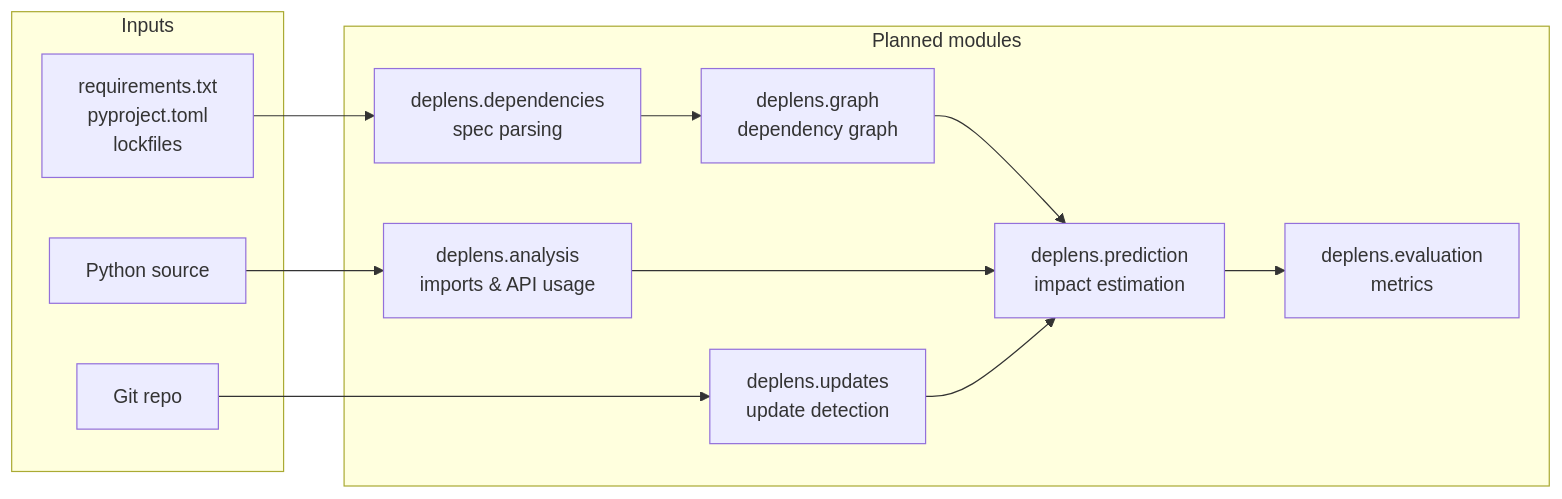
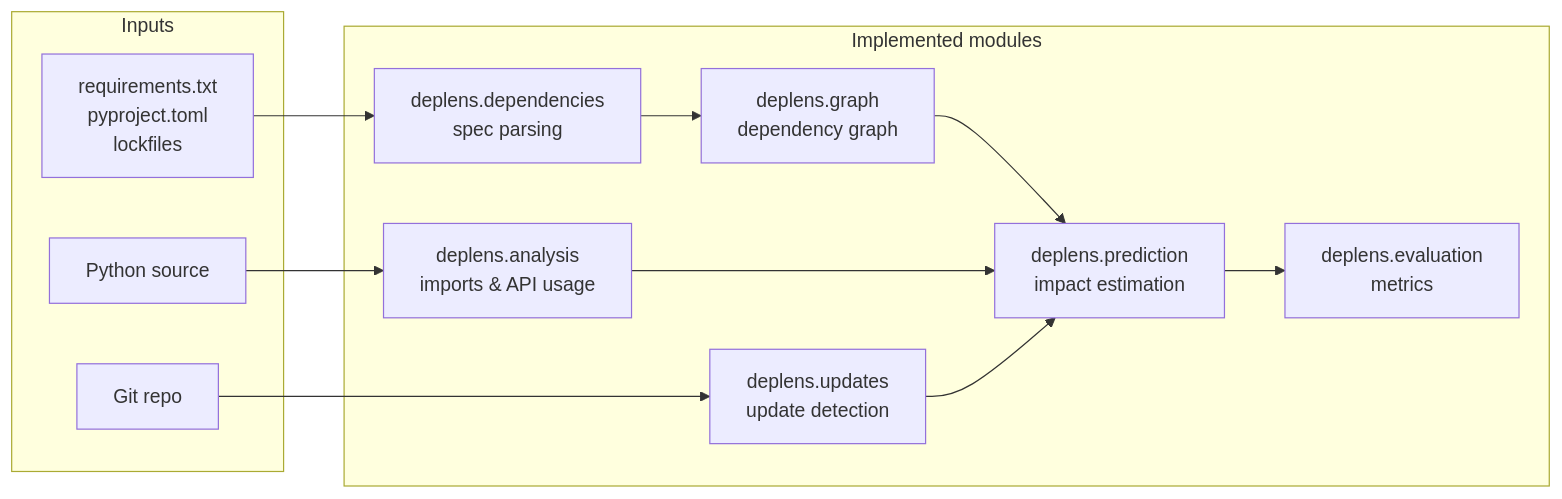
One commit to VarunGore36/DepLens changed the second of 2 diagrams in README.md. Above: the diagram before and after it, drawn with Mermaid. The commit also changed other lines of this file and 15 other files, not shown here.

````diff
--- a/README.md
+++ b/README.md
@@ -160,25 +113,25 @@
 ```mermaid
 flowchart LR
     subgraph Inputs
         REPO[Git repo]
         SPEC[requirements.txt<br/>pyproject.toml<br/>lockfiles]
         SRC[Python source]
     end
 
-    subgraph Core [Planned modules]
+    subgraph Core [Implemented modules]
         DEP[deplens.dependencies<br/>spec parsing]
         GRAPH[deplens.graph<br/>dependency graph]
         ANAL[deplens.analysis<br/>imports & API usage]
         UPD[deplens.updates<br/>update detection]
         PRED[deplens.prediction<br/>impact estimation]
         EVAL[deplens.evaluation<br/>metrics]
     end
 
     REPO --> UPD
     SPEC --> DEP --> GRAPH
     SRC --> ANAL
     GRAPH --> PRED
     ANAL --> PRED
     UPD --> PRED
     PRED --> EVAL
 ```
````
